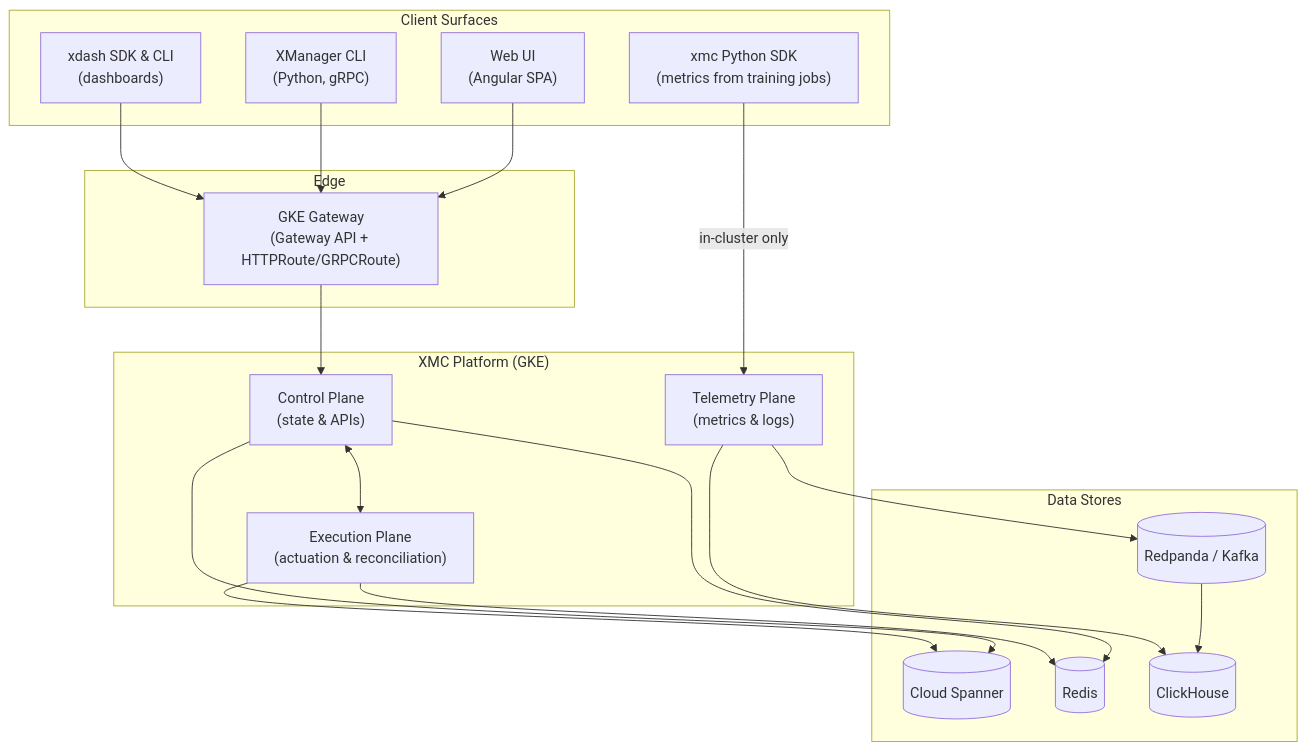
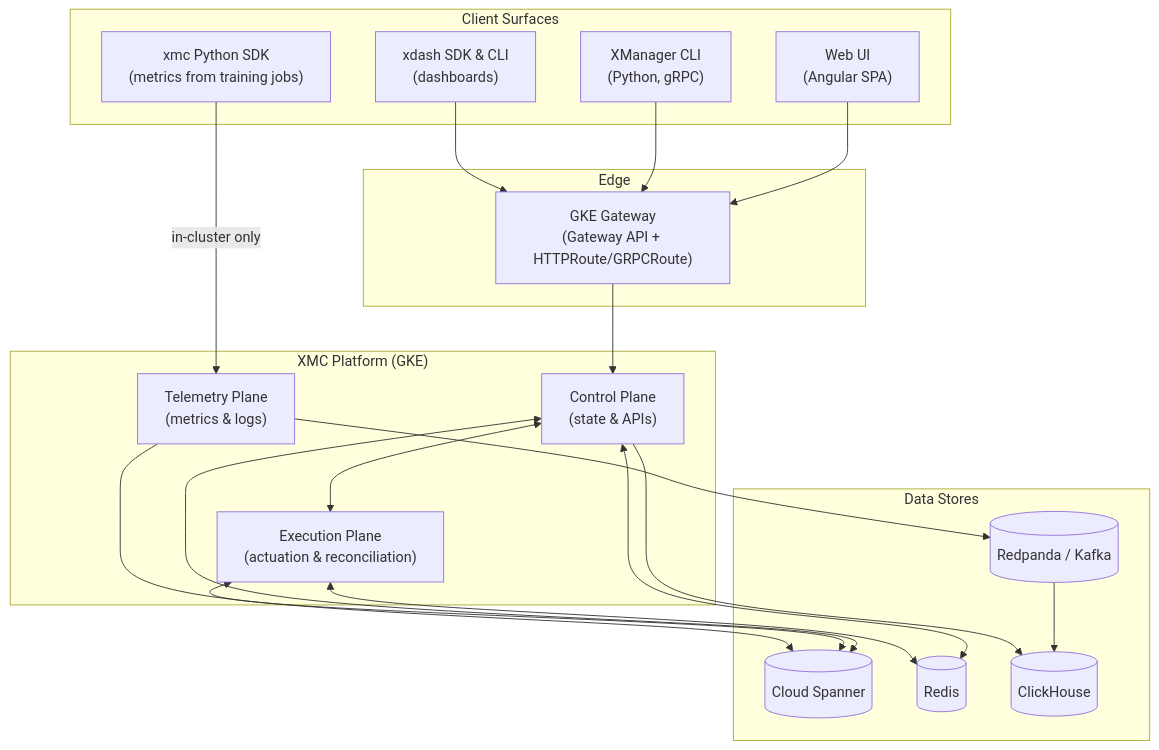
The second of 3 diagrams in docs/architecture/overview.md (google/xmc), drawn with Mermaid before and after one commit. The commit also changed other lines of this file and 68 other files, not shown here.

First line of the commit message:
docs(architecture): address review feedback on architecture and flow docs

````diff
--- a/docs/architecture/overview.md
+++ b/docs/architecture/overview.md
@@ -57,41 +61,42 @@
 ```mermaid
 graph TD
     subgraph Clients["Client Surfaces"]
         UI["Web UI<br/>(Angular SPA)"]
         CLI["XManager CLI<br/>(Python, gRPC)"]
         SDK["xmc Python SDK<br/>(metrics from training jobs)"]
         XDASH["xdash SDK & CLI<br/>(dashboards)"]
     end
 
     subgraph Edge["Edge"]
         GW["GKE Gateway<br/>(Gateway API + HTTPRoute/GRPCRoute)"]
     end
 
     subgraph Platform["XMC Platform (GKE)"]
         CP["Control Plane<br/>(state & APIs)"]
         EP["Execution Plane<br/>(actuation & reconciliation)"]
         TP["Telemetry Plane<br/>(metrics & logs)"]
     end
 
     subgraph Data["Data Stores"]
         SP[("Cloud Spanner")]
         RD[("Redis")]
         CH[("ClickHouse")]
         RP[("Redpanda / Kafka")]
     end
 
     UI --> GW
     CLI --> GW
     XDASH --> GW
     SDK -->|"in-cluster only"| TP
 
     GW --> CP
     CP <--> EP
-    CP --> SP
-    EP --> SP
-    CP --> RD
-    EP --> RD
+    CP <--> SP
+    EP <--> SP
+    CP <--> RD
+    EP <--> RD
+    TP --> SP
     TP --> RP
     RP --> CH
-    TP --> CH
+    CP --> CH
 ```
````
